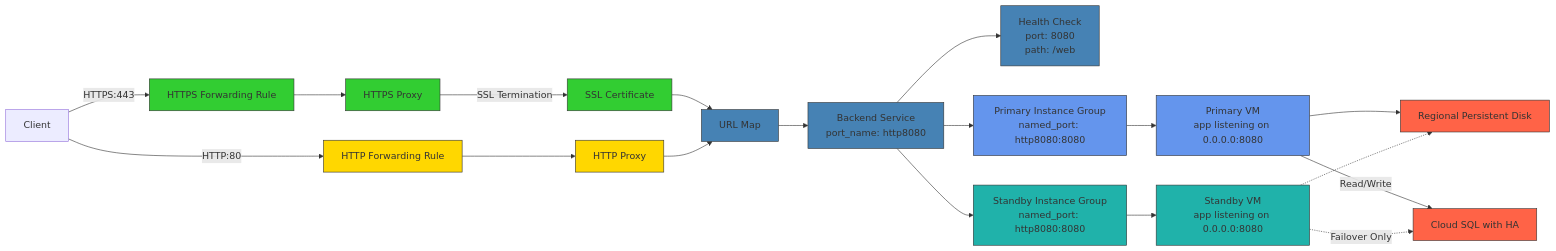
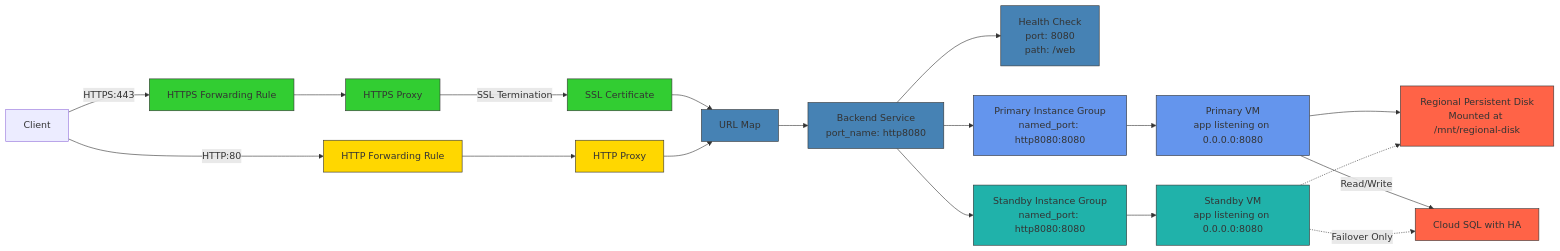
Before and after one commit to mseralessandri/demo_gcp: the first of 2 diagrams in dr_active_passive_complete_zonal/README.md, drawn with Mermaid. The commit also changed other lines of this file and 6 other files, not shown here.

Commit message:
Added regional disk file

````diff
--- a/dr_active_passive_complete_zonal/README.md
+++ b/dr_active_passive_complete_zonal/README.md
@@ -7,41 +7,41 @@
 ```mermaid
 graph LR
     Client[Client] -->|HTTPS:443| HTTPSFR[HTTPS Forwarding Rule]
     Client -->|HTTP:80| HTTPFR[HTTP Forwarding Rule]
     
     HTTPSFR --> HTTPSProxy[HTTPS Proxy]
     HTTPFR --> HTTPProxy[HTTP Proxy]
     
     HTTPSProxy -->|SSL Termination| SSLCert[SSL Certificate]
     SSLCert --> URLMap[URL Map]
     HTTPProxy --> URLMap
     
     URLMap --> BackendService[Backend Service<br>port_name: http8080]
     BackendService --> HC[Health Check<br>port: 8080<br>path: /web]
     
     BackendService --> PrimaryIG[Primary Instance Group<br>named_port: http8080:8080]
     BackendService --> StandbyIG[Standby Instance Group<br>named_port: http8080:8080]
     
     PrimaryIG --> PrimaryVM[Primary VM<br>app listening on 0.0.0.0:8080]
     StandbyIG --> StandbyVM[Standby VM<br>app listening on 0.0.0.0:8080]
     
-    PrimaryVM --> RegionalDisk[Regional Persistent Disk]
+    PrimaryVM --> RegionalDisk[Regional Persistent Disk<br>Mounted at /mnt/regional-disk]
     StandbyVM -.-> RegionalDisk
     
     PrimaryVM -->|Read/Write| CloudSQL[Cloud SQL with HA]
     StandbyVM -.->|Failover Only| CloudSQL
     
     classDef https fill:#32CD32,stroke:#333,stroke-width:1px;
     classDef http fill:#FFD700,stroke:#333,stroke-width:1px;
     classDef shared fill:#4682B4,stroke:#333,stroke-width:1px;
     classDef primary fill:#6495ED,stroke:#333,stroke-width:1px;
     classDef standby fill:#20B2AA,stroke:#333,stroke-width:1px;
     classDef storage fill:#FF6347,stroke:#333,stroke-width:1px;
     
     class HTTPSFR,HTTPSProxy,SSLCert https;
     class HTTPFR,HTTPProxy http;
     class URLMap,BackendService,HC shared;
     class PrimaryIG,PrimaryVM primary;
     class StandbyIG,StandbyVM standby;
     class RegionalDisk,CloudSQL storage;
 ```
````
